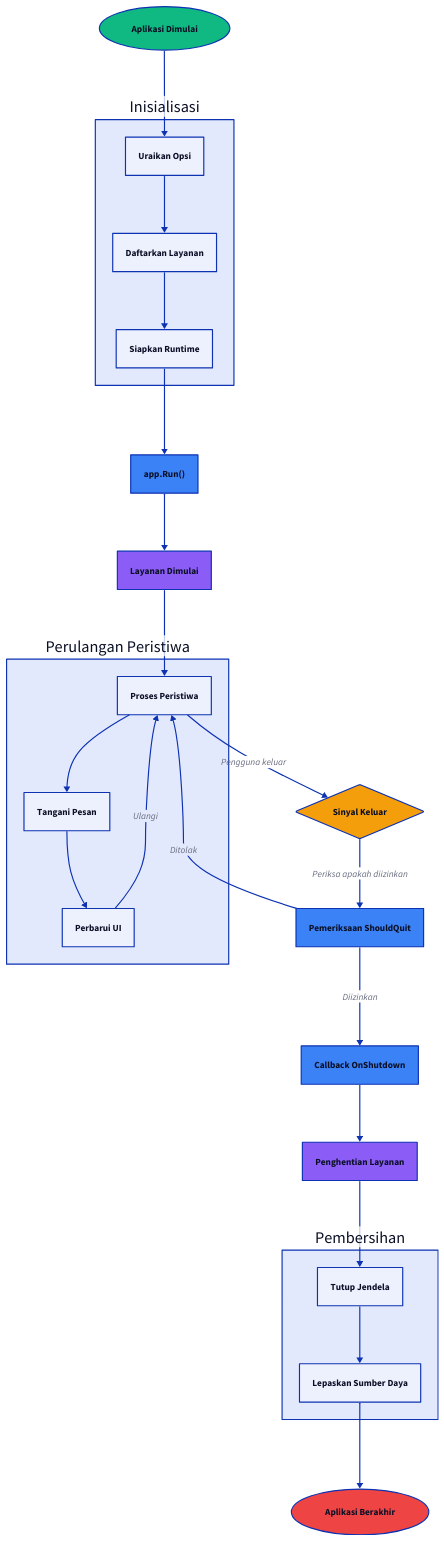
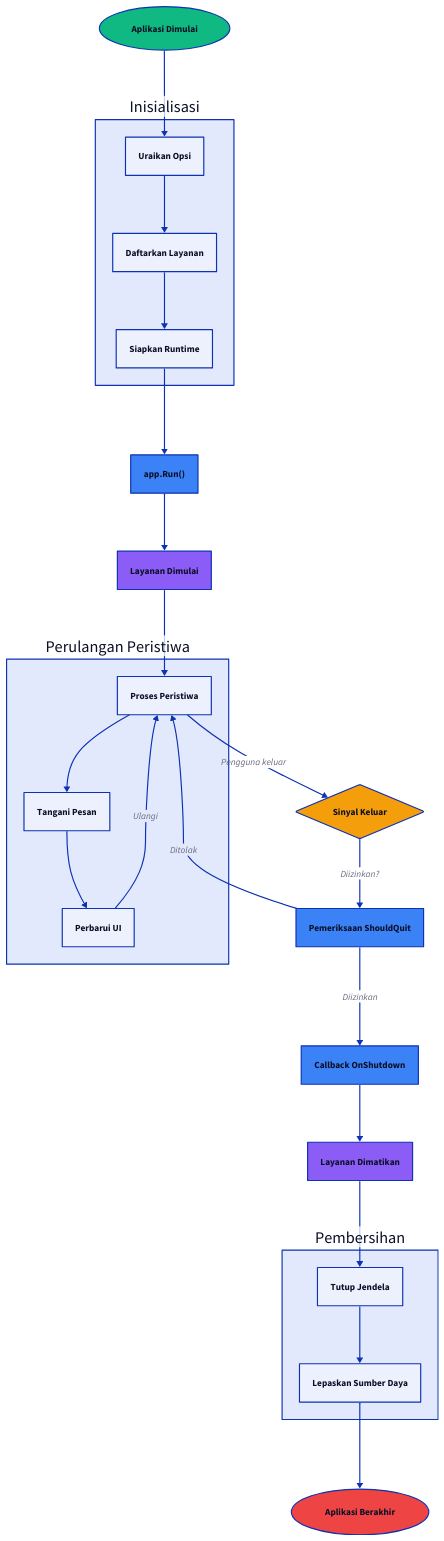
The first of 2 diagrams in docs/mpress/content/id/concepts/lifecycle.md (wailsapp/wails), drawn with D2 before and after one commit. The commit also changed other lines of this file and 1096 other files, not shown here.

```diff
--- a/docs/mpress/content/id/concepts/lifecycle.md
+++ b/docs/mpress/content/id/concepts/lifecycle.md
@@ -68,7 +68,7 @@
   style.fill: "#3B82F6"
 }
 
-ServiceShutdown: Penghentian Layanan {
+ServiceShutdown: Layanan Dimatikan {
   shape: rectangle
   style.fill: "#8B5CF6"
 }
@@ -97,7 +97,7 @@
 EventLoop.Handle -> EventLoop.Update
 EventLoop.Update -> EventLoop.Process: Ulangi
 EventLoop.Process -> QuitSignal: Pengguna keluar
-QuitSignal -> ShouldQuit: Periksa apakah diizinkan
+QuitSignal -> ShouldQuit: Diizinkan?
 ShouldQuit -> EventLoop.Process: Ditolak
 ShouldQuit -> OnShutdown: Diizinkan
 OnShutdown -> ServiceShutdown
```
